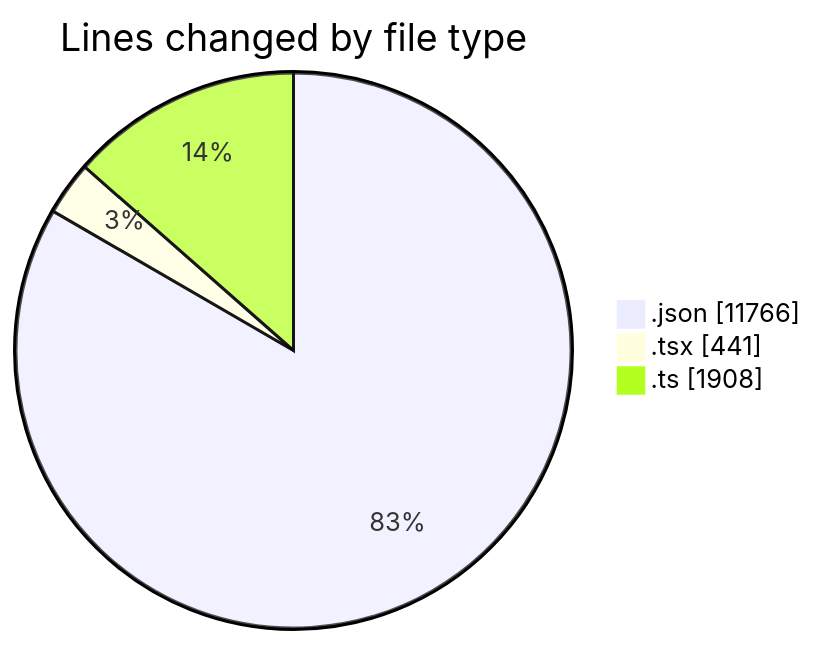
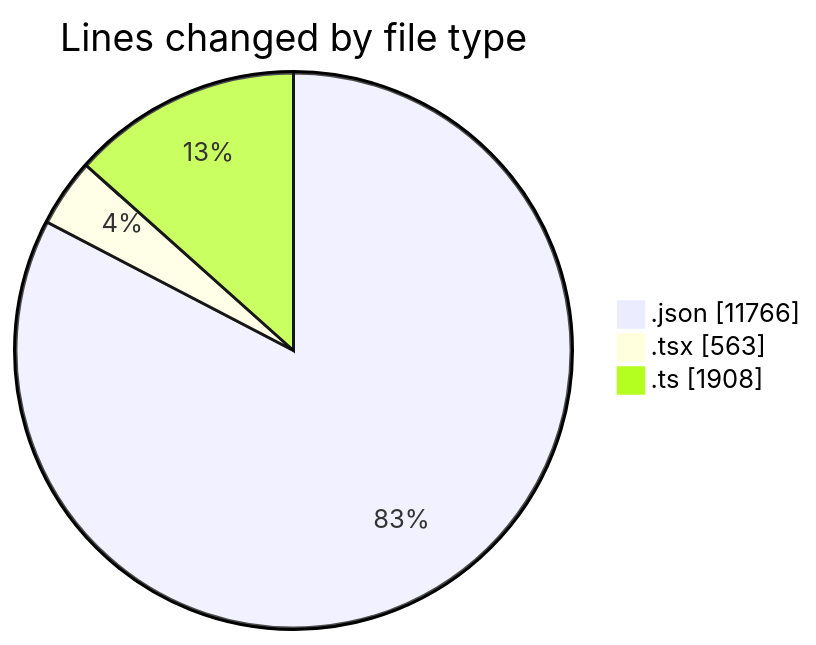
The first of 2 diagrams in 2026-04-16/airfeed-analytics-dashboard/README.md (nxtqubesakshisongat/code-tracking), drawn with Mermaid before and after one commit. The commit also changed other lines of this file and 1 other file, not shown here.

````diff
--- a/2026-04-16/airfeed-analytics-dashboard/README.md
+++ b/2026-04-16/airfeed-analytics-dashboard/README.md
@@ -29,7 +30,7 @@
 ```mermaid
 pie showData
 title Lines changed by file type
 ".json" : 11766
-".tsx" : 441
+".tsx" : 563
 ".ts" : 1908
 ```
````
